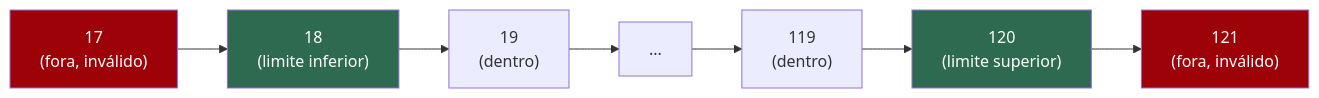
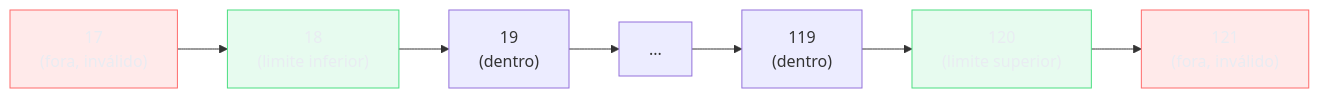
Before and after one commit to josenaldo/codex-technomanticus: the second of 5 diagrams in 03-Dominios/Engenharia/Testes/10 - Técnicas de teste e edge cases.md, drawn with Mermaid. The commit also changed other lines of this file and 1181 other files, not shown here.

First line of the commit message:
fix(diagramas): paleta do sistema no lugar de cor cravada no markdown

````diff
--- a/03-Dominios/Engenharia/Testes/10 - Técnicas de teste e edge cases.md
+++ b/03-Dominios/Engenharia/Testes/10 - Técnicas de teste e edge cases.md
@@ -101,14 +101,16 @@
 ```mermaid
 flowchart LR
+    classDef ok fill:#4ADE8021,stroke:#4ADE80,color:#E9ECF2
+    classDef falha fill:#FF6B6B24,stroke:#FF6B6B,color:#E9ECF2
     L1["17<br/>(fora, inválido)"] --> L2["18<br/>(limite inferior)"]
     L2 --> L3["19<br/>(dentro)"]
     L3 --> M["..."]
     M --> L4["119<br/>(dentro)"]
     L4 --> L5["120<br/>(limite superior)"]
     L5 --> L6["121<br/>(fora, inválido)"]
 
-    style L2 fill:#2d6a4f,color:#fff
-    style L5 fill:#2d6a4f,color:#fff
-    style L1 fill:#9d0208,color:#fff
-    style L6 fill:#9d0208,color:#fff
+    class L2 ok
+    class L5 ok
+    class L1 falha
+    class L6 falha
 ```
````
